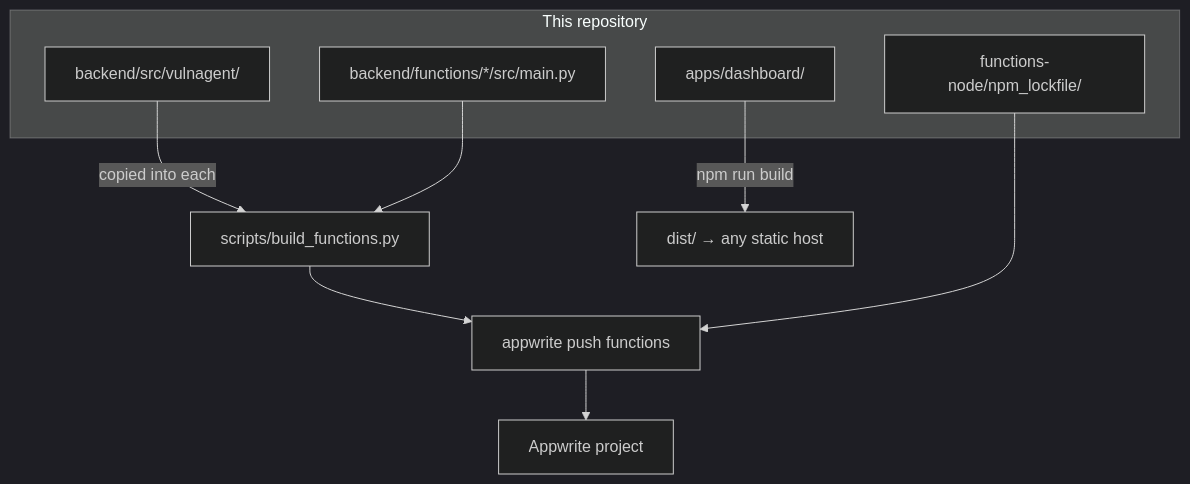
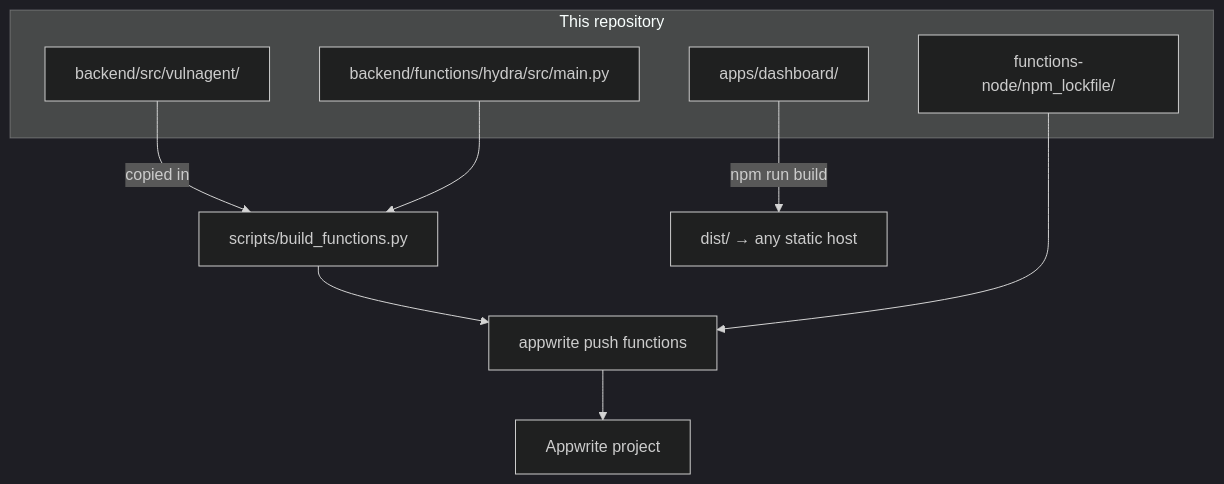
The first of 2 diagrams in docs/deployment.md (PranavViswanathan/Hydra), drawn with Mermaid (dark theme) before and after one commit. The commit also changed other lines of this file and 36 other files, not shown here.

````diff
--- a/docs/deployment.md
+++ b/docs/deployment.md
@@ -16,18 +16,18 @@
 ```mermaid
 flowchart TB
     subgraph Repo["This repository"]
         SRC["backend/src/vulnagent/"]
-        FN["backend/functions/*/src/main.py"]
+        FN["backend/functions/hydra/src/main.py"]
         NODE["functions-node/npm_lockfile/"]
         UI["apps/dashboard/"]
     end
 
     BUILD["scripts/build_functions.py"]
-    SRC -->|copied into each| BUILD
+    SRC -->|copied in| BUILD
     FN --> BUILD
     BUILD --> PUSH["appwrite push functions"]
     NODE --> PUSH
     UI -->|npm run build| DIST["dist/ → any static host"]
 
     PUSH --> AW["Appwrite project"]
 ```
````
